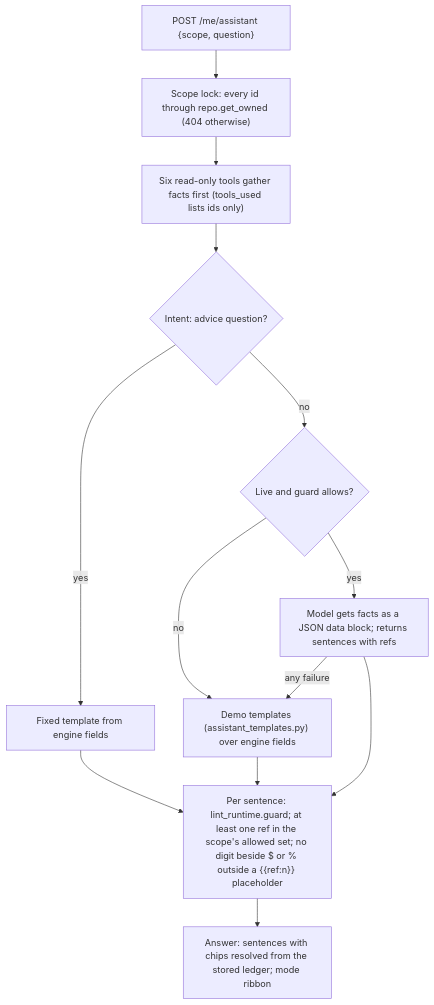
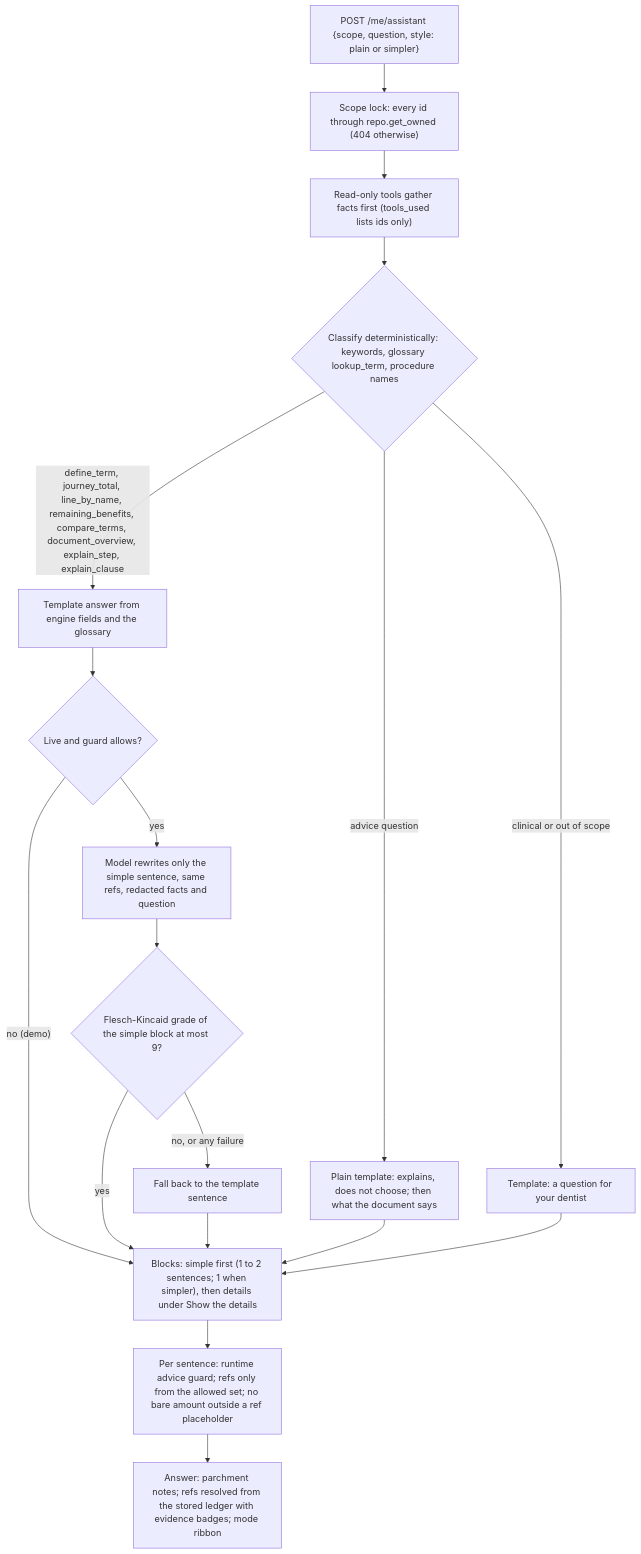
One commit to ashrit725-beep/oralcompass changed the seventh of 9 diagrams in docs/ARCHITECTURE.md. Above: the diagram before and after it, drawn with Mermaid. The commit also changed other lines of this file and 3 other files, not shown here.

First line of the commit message:
docs: mobile-only app, redaction before AI analysis, Ask in plain words

````diff
--- a/docs/ARCHITECTURE.md
+++ b/docs/ARCHITECTURE.md
@@ -116,13 +191,19 @@
 ```mermaid
 flowchart TB
-  Q["POST /me/assistant {scope, question}"] --> L["Scope lock: every id through repo.get_owned (404 otherwise)"]
-  L --> T["Six read-only tools gather facts first (tools_used lists ids only)"]
-  T --> I{"Intent: advice question?"}
-  I -- "yes" --> AT["Fixed template from engine fields"]
-  I -- "no" --> Mode{"Live and guard allows?"}
-  Mode -- "no" --> DT["Demo templates (assistant_templates.py) over engine fields"]
-  Mode -- "yes" --> LV["Model gets facts as a JSON data block; returns sentences with refs"]
-  LV -- "any failure" --> DT
-  AT & DT & LV --> G["Per sentence: lint_runtime.guard; at least one ref in the scope's allowed set; no digit beside $ or % outside a {{ref:n}} placeholder"]
-  G --> A["Answer: sentences with chips resolved from the stored ledger; mode ribbon"]
+  Q["POST /me/assistant {scope, question, style: plain or simpler}"] --> L["Scope lock: every id through repo.get_owned (404 otherwise)"]
+  L --> T["Read-only tools gather facts first (tools_used lists ids only)"]
+  T --> C{"Classify deterministically: keywords, glossary lookup_term, procedure names"}
+  C -- "advice question" --> AT["Plain template: explains, does not choose; then what the document says"]
+  C -- "clinical or out of scope" --> CT["Template: a question for your dentist"]
+  C -- "define_term, journey_total, line_by_name, remaining_benefits, compare_terms, document_overview, explain_step, explain_clause" --> TP["Template answer from engine fields and the glossary"]
+  TP --> Mode{"Live and guard allows?"}
+  Mode -- "no (demo)" --> B
+  Mode -- "yes" --> LV["Model rewrites only the simple sentence, same refs, redacted facts and question"]
+  LV --> RD{"Flesch-Kincaid grade of the simple block at most 9?"}
+  RD -- "no, or any failure" --> TP2["Fall back to the template sentence"]
+  RD -- "yes" --> B
+  TP2 --> B
+  AT & CT --> B["Blocks: simple first (1 to 2 sentences; 1 when simpler), then details under Show the details"]
+  B --> G["Per sentence: runtime advice guard; refs only from the allowed set; no bare amount outside a ref placeholder"]
+  G --> A["Answer: parchment notes; refs resolved from the stored ledger with evidence badges; mode ribbon"]
 ```
````
